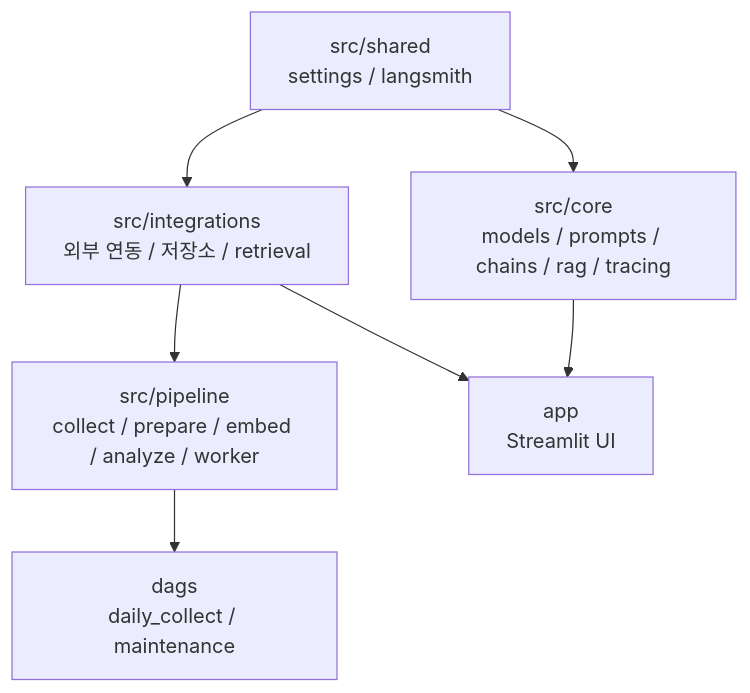
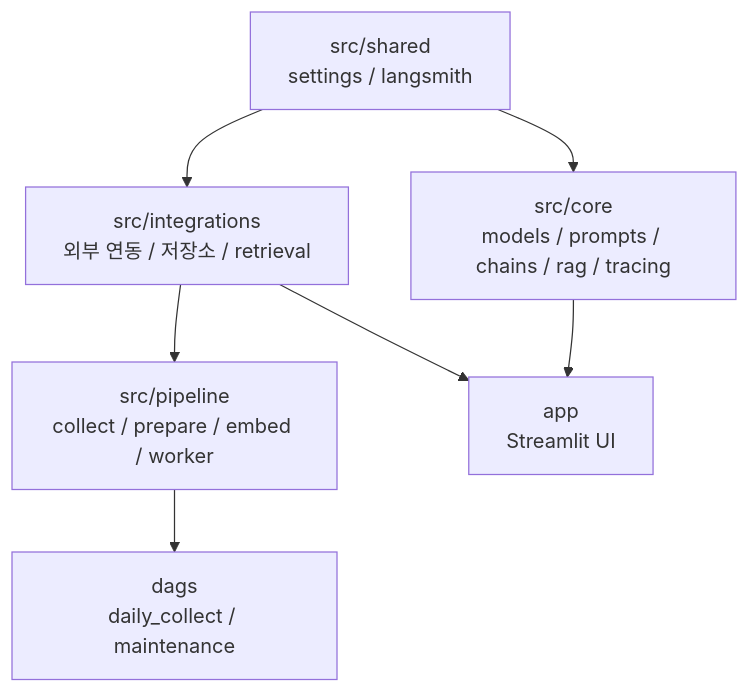
One commit to SKNETWORKS-FAMILY-AICAMP/SKN25-3rd-2Team changed the second of 2 diagrams in docs/ARCHITECTURE.md. Above: the diagram before and after it, drawn with Mermaid. The commit also changed other lines of this file and 27 other files, not shown here.

First line of the commit message:
Remove topic layer and restructure to paper-first architecture

````diff
--- a/docs/ARCHITECTURE.md
+++ b/docs/ARCHITECTURE.md
@@ -79,9 +79,9 @@
 ```mermaid
 flowchart TD
     Shared[src/shared<br/>settings / langsmith] --> Integrations[src/integrations<br/>외부 연동 / 저장소 / retrieval]
     Shared --> Core[src/core<br/>models / prompts / chains / rag / tracing]
-    Integrations --> Pipeline[src/pipeline<br/>collect / prepare / embed / analyze / worker]
+    Integrations --> Pipeline[src/pipeline<br/>collect / prepare / embed / worker]
     Pipeline --> Dags[dags<br/>daily_collect / maintenance]
     Core --> UI[app<br/>Streamlit UI]
     Integrations --> UI
 ```
````
